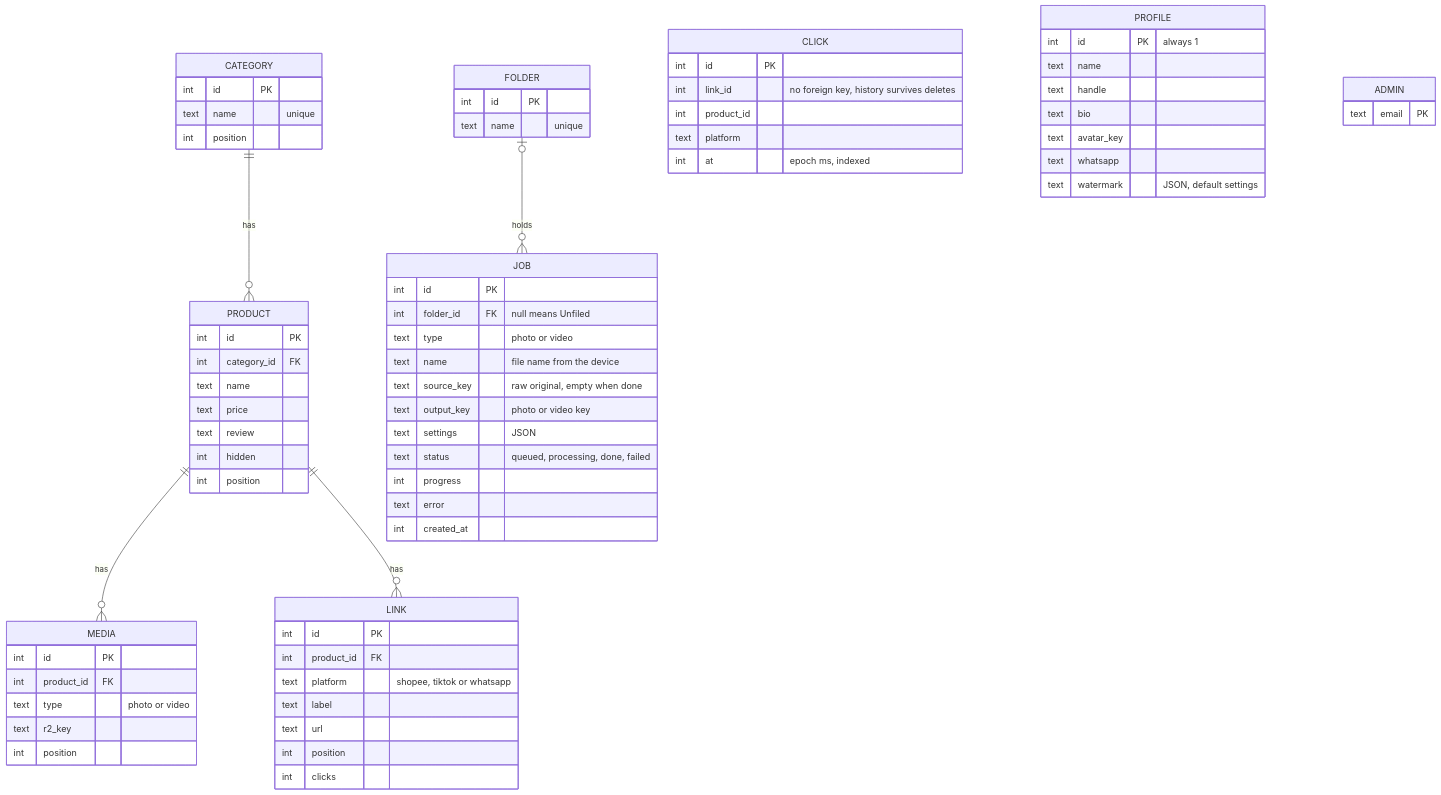
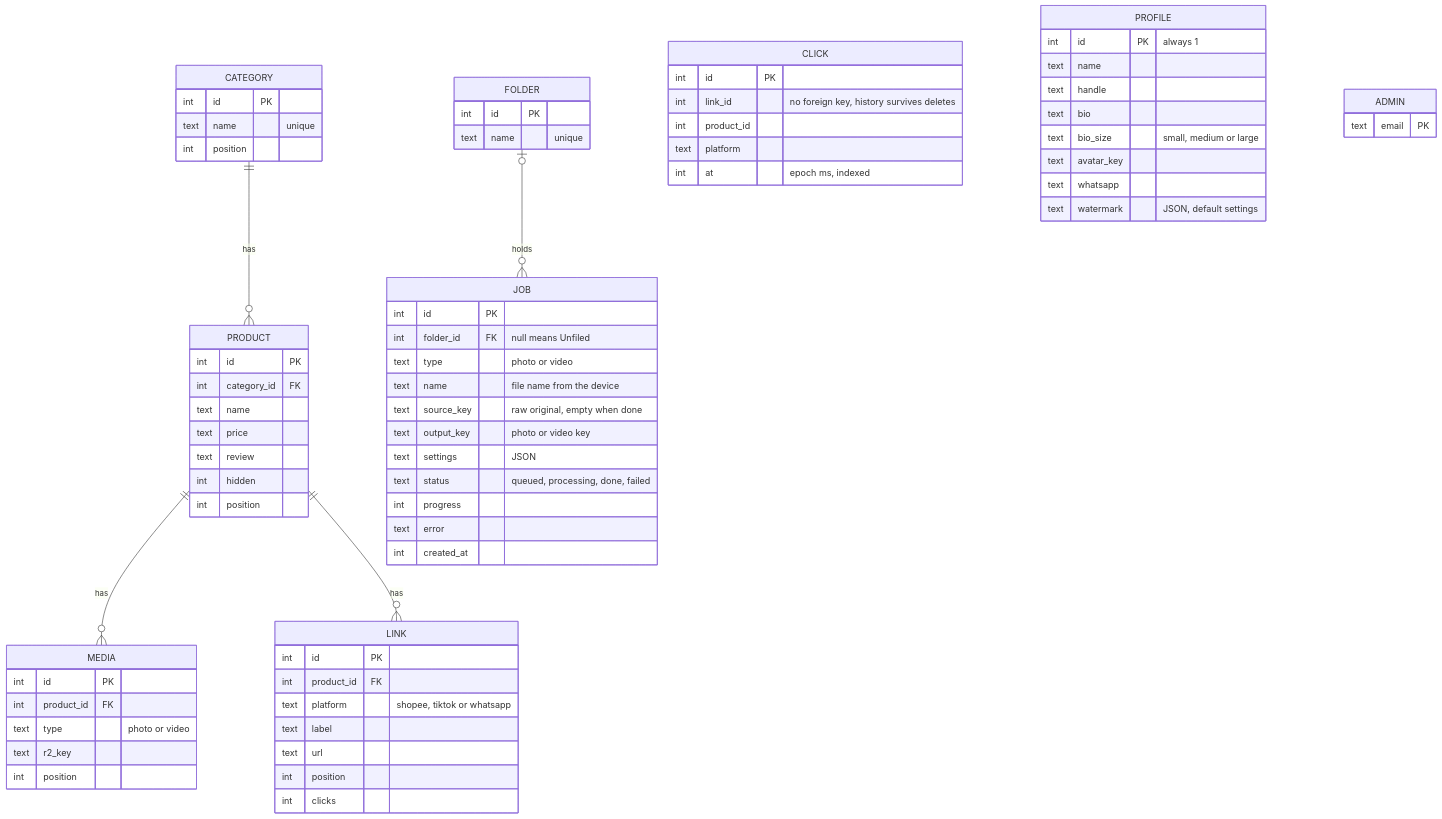
The third of 4 diagrams in docs/PRD.md (amirulhakiim/pqacam), drawn with Mermaid before and after one commit. The commit also changed other lines of this file and 1 other file, not shown here.

Commit message:
docs: document bio text size

````diff
--- a/docs/PRD.md
+++ b/docs/PRD.md
@@ -165,73 +165,74 @@
 ```mermaid
 erDiagram
     CATEGORY ||--o{ PRODUCT : has
     PRODUCT ||--o{ MEDIA : has
     PRODUCT ||--o{ LINK : has
     FOLDER |o--o{ JOB : holds
     CLICK {
         int id PK
         int link_id "no foreign key, history survives deletes"
         int product_id
         text platform
         int at "epoch ms, indexed"
     }
     FOLDER {
         int id PK
         text name "unique"
     }
     JOB {
         int id PK
         int folder_id FK "null means Unfiled"
         text type "photo or video"
         text name "file name from the device"
         text source_key "raw original, empty when done"
         text output_key "photo or video key"
         text settings "JSON"
         text status "queued, processing, done, failed"
         int progress
         text error
         int created_at
     }
     PROFILE {
         int id PK "always 1"
         text name
         text handle
         text bio
+        text bio_size "small, medium or large"
         text avatar_key
         text whatsapp
         text watermark "JSON, default settings"
     }
     CATEGORY {
         int id PK
         text name "unique"
         int position
     }
     PRODUCT {
         int id PK
         int category_id FK
         text name
         text price
         text review
         int hidden
         int position
     }
     LINK {
         int id PK
         int product_id FK
         text platform "shopee, tiktok or whatsapp"
         text label
         text url
         int position
         int clicks
     }
     MEDIA {
         int id PK
         int product_id FK
         text type "photo or video"
         text r2_key
         int position
     }
     ADMIN {
         text email PK
     }
 ```
````
